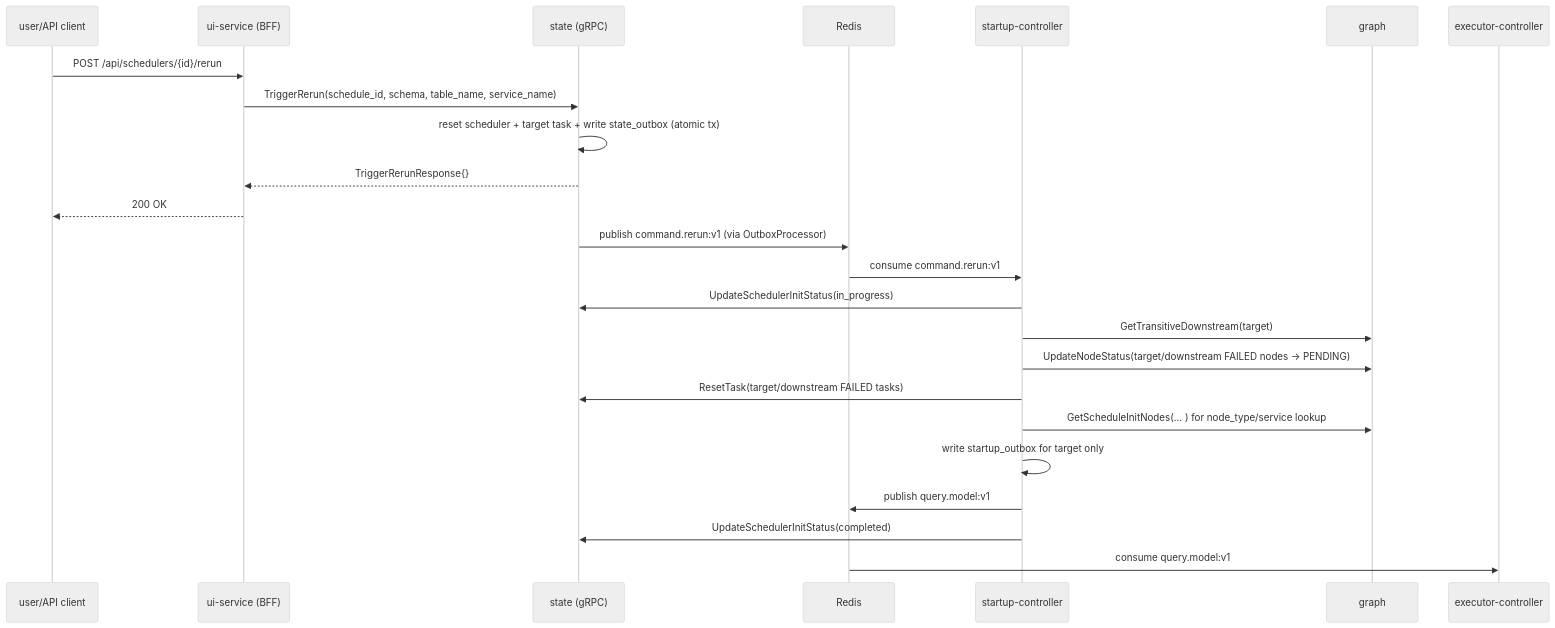
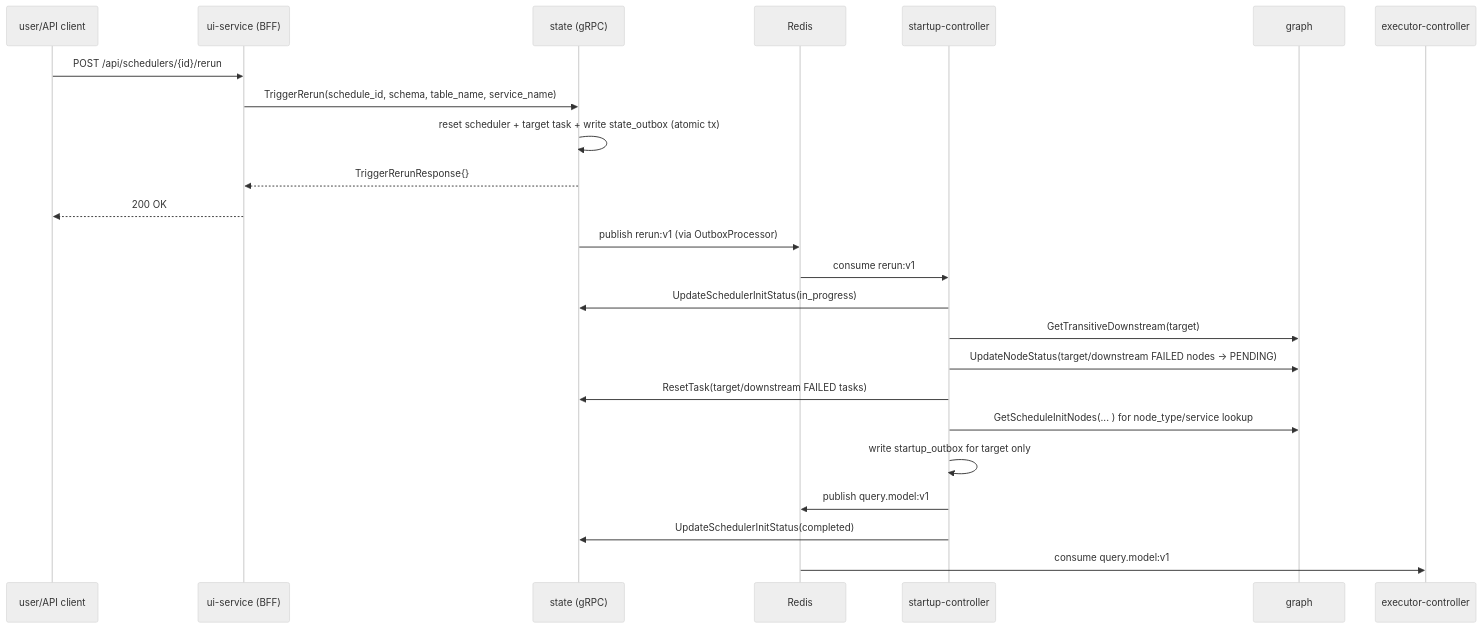
One commit to carolsimone/continuo changed the fourth of 5 diagrams in docs/arch/03-sequence-flows.md. Above: the diagram before and after it, drawn with Mermaid (neutral theme). The commit also changed other lines of this file and 39 other files, not shown here.

````diff
--- a/docs/arch/03-sequence-flows.md
+++ b/docs/arch/03-sequence-flows.md
@@ -108,27 +108,27 @@
 ```mermaid
 sequenceDiagram
   participant U as user/API client
   participant UI as ui-service (BFF)
   participant ST as state (gRPC)
   participant R as Redis
   participant SC as startup-controller
   participant GR as graph
   participant EC as executor-controller
 
   U->>UI: POST /api/schedulers/{id}/rerun
   UI->>ST: TriggerRerun(schedule_id, schema, table_name, service_name)
   ST->>ST: reset scheduler + target task + write state_outbox (atomic tx)
   ST-->>UI: TriggerRerunResponse{}
   UI-->>U: 200 OK
-  ST->>R: publish command.rerun:v1 (via OutboxProcessor)
-  R->>SC: consume command.rerun:v1
+  ST->>R: publish rerun:v1 (via OutboxProcessor)
+  R->>SC: consume rerun:v1
   SC->>ST: UpdateSchedulerInitStatus(in_progress)
   SC->>GR: GetTransitiveDownstream(target)
   SC->>GR: UpdateNodeStatus(target/downstream FAILED nodes -> PENDING)
   SC->>ST: ResetTask(target/downstream FAILED tasks)
   SC->>GR: GetScheduleInitNodes(... ) for node_type/service lookup
   SC->>SC: write startup_outbox for target only
   SC->>R: publish query.model:v1
   SC->>ST: UpdateSchedulerInitStatus(completed)
   R->>EC: consume query.model:v1
 ```
````
